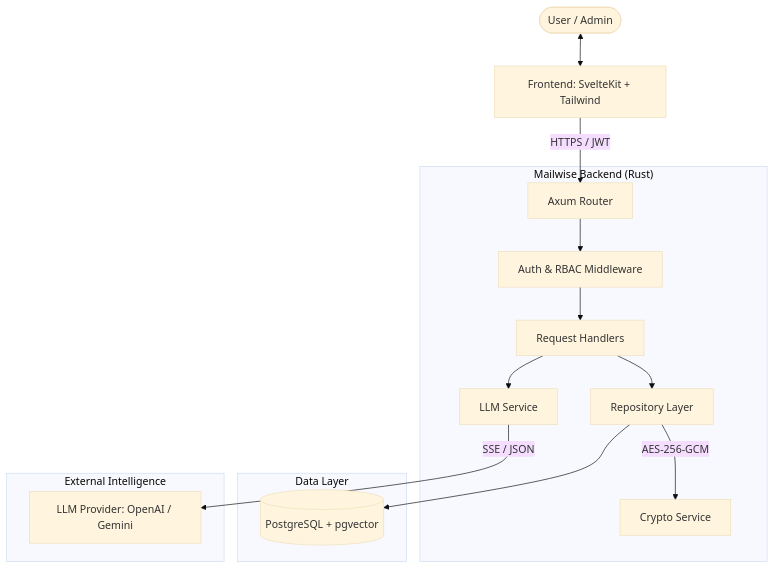
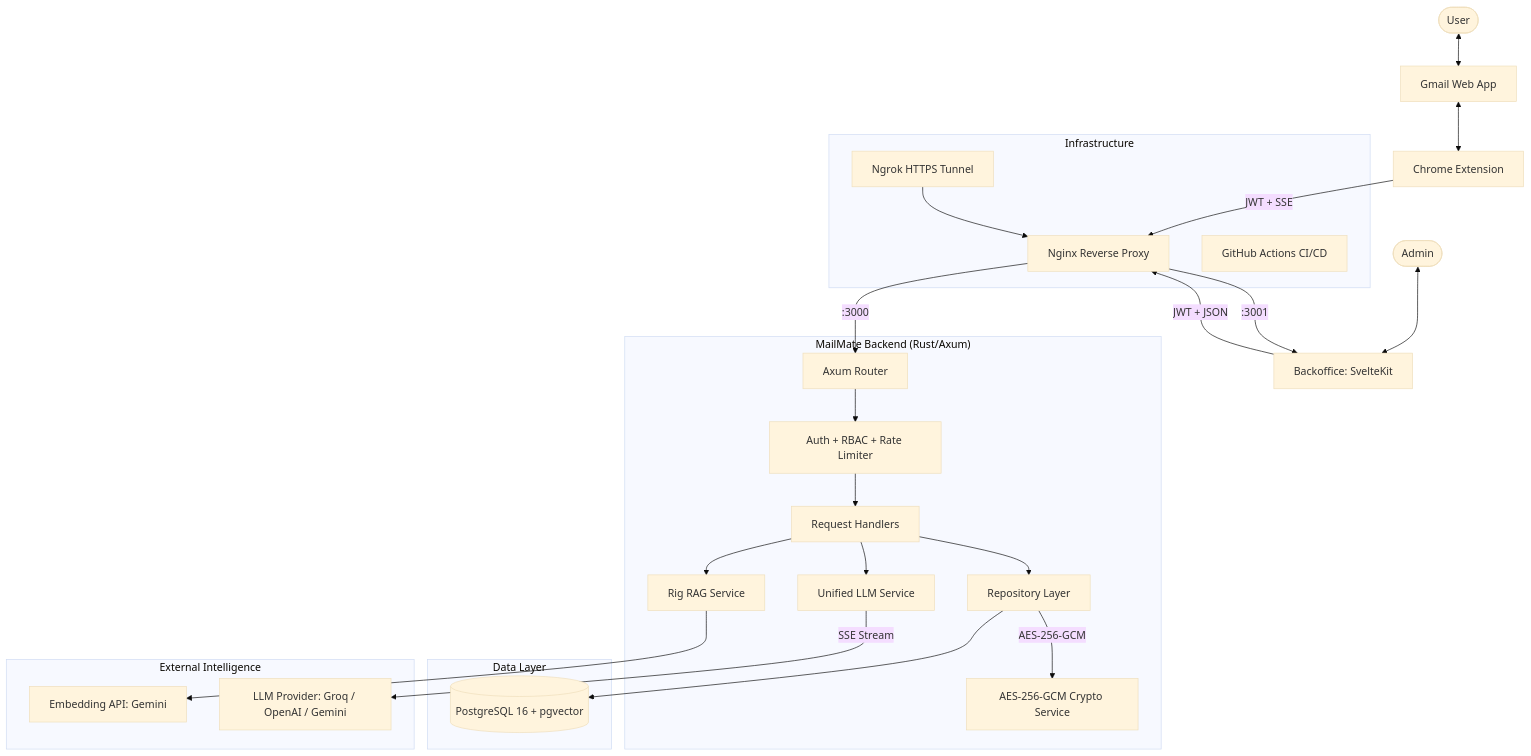
Before and after one commit to Guilherme1230476Ferreira/ai-email-assistant: the first of 3 diagrams in docs/0-architecture/project_overview.md, drawn with Mermaid (base theme). The commit also changed other lines of this file and 9 other files, not shown here.

````diff
--- a/docs/0-architecture/project_overview.md
+++ b/docs/0-architecture/project_overview.md
@@ -10,31 +16,46 @@
 ```mermaid
 graph TD
-    User([User / Admin]) <--> Browser[Frontend: SvelteKit + Tailwind]
+    User([User]) <--> Gmail[Gmail Web App]
+    Admin([Admin]) <--> Backoffice[Backoffice: SvelteKit]
+    Gmail <--> Extension[Chrome Extension]
     
-    subgraph "Mailwise Backend (Rust)"
+    subgraph "MailMate Backend (Rust/Axum)"
         Router[Axum Router]
-        Middleware[Auth & RBAC Middleware]
+        Middleware[Auth + RBAC + Rate Limiter]
         Handlers[Request Handlers]
         Repo[Repository Layer]
-        Crypto[Crypto Service]
-        LLM[LLM Service]
+        Crypto[AES-256-GCM Crypto Service]
+        LLM[Unified LLM Service]
+        RigRAG[Rig RAG Service]
     end
 
     subgraph "Data Layer"
-        DB[(PostgreSQL + pgvector)]
+        DB[(PostgreSQL 16 + pgvector)]
     end
 
     subgraph "External Intelligence"
-        AI_Provider[LLM Provider: OpenAI / Gemini]
+        EmbeddingAPI[Embedding API: Gemini]
+        CompletionAPI[LLM Provider: Groq / OpenAI / Gemini]
     end
 
-    %% Flow
-    Browser -- "HTTPS / JWT" --> Router
+    subgraph "Infrastructure"
+        Nginx[Nginx Reverse Proxy]
+        CICD[GitHub Actions CI/CD]
+        Ngrok[Ngrok HTTPS Tunnel]
+    end
+
+    Extension -- "JWT + SSE" --> Nginx
+    Backoffice -- "JWT + JSON" --> Nginx
+    Nginx -- ":3001" --> Backoffice
+    Nginx -- ":3000" --> Router
     Router --> Middleware
     Middleware --> Handlers
     Handlers --> Repo
     Handlers --> LLM
+    Handlers --> RigRAG
     Repo --> DB
-    LLM -- "SSE / JSON" --> AI_Provider
+    RigRAG --> EmbeddingAPI
+    LLM -- "SSE Stream" --> CompletionAPI
     Repo -- "AES-256-GCM" --> Crypto
+    Ngrok --> Nginx
 ```
````
